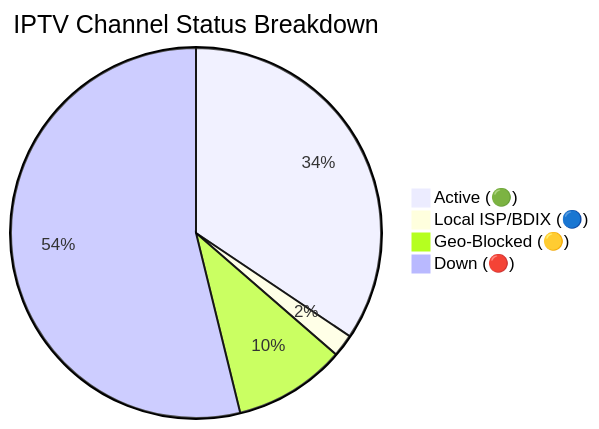
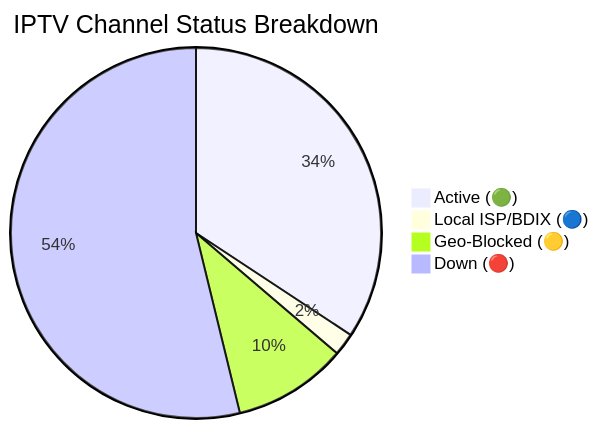
Before and after one commit to andreataylord/Ip-tv-Collection: the diagram in README.md, drawn with Mermaid. The commit also changed other lines of this file and 1 other file, not shown here.

Commit message:
docs(readme): auto-update daily channel status chart

````diff
--- a/README.md
+++ b/README.md
@@ -59,7 +59,7 @@
 ```mermaid
 pie title IPTV Channel Status Breakdown
-    "Active (🟢)" : 2241
+    "Active (🟢)" : 2232
     "Local ISP/BDIX (🔵)" : 128
-    "Geo-Blocked (🟡)" : 637
-    "Down (🔴)" : 3506
+    "Geo-Blocked (🟡)" : 648
+    "Down (🔴)" : 3504
 ```
````
